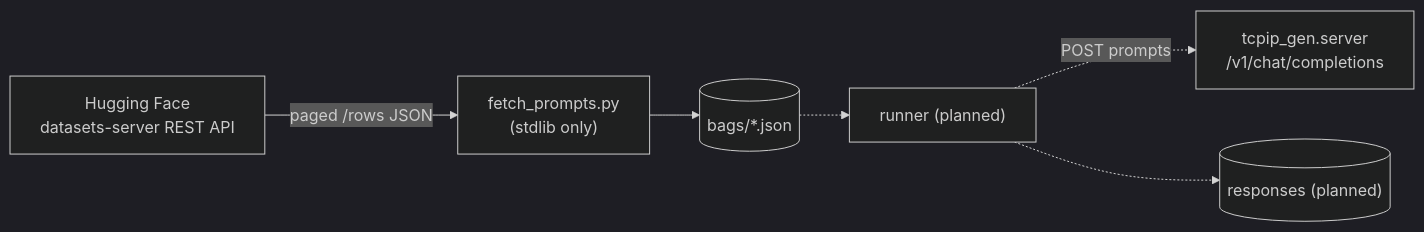
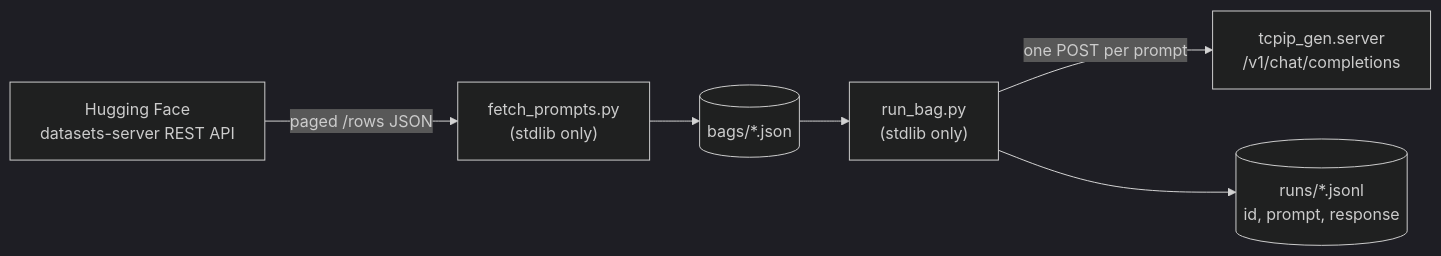
One commit to smartyalgo/logit-sampler changed the first of 2 diagrams in prompt_eval/README.md. Above: the diagram before and after it, drawn with Mermaid (dark theme). The commit also changed other lines of this file and 4 other files, not shown here.

First line of the commit message:
Add run_bag.py: feed a prompt bag to chat/completions, store JSONL

````diff
--- a/prompt_eval/README.md
+++ b/prompt_eval/README.md
@@ -63,13 +95,13 @@
 ```mermaid
 flowchart LR
     hf["Hugging Face<br/>datasets-server REST API"]
     fetch["fetch_prompts.py<br/>(stdlib only)"]
     bags[("bags/*.json")]
-    runner["runner (planned)"]
+    runner["run_bag.py<br/>(stdlib only)"]
     srv["tcpip_gen.server<br/>/v1/chat/completions"]
-    responses[("responses (planned)")]
+    responses[("runs/*.jsonl<br/>id, prompt, response")]
 
     hf -->|"paged /rows JSON"| fetch --> bags
-    bags -.-> runner -.->|"POST prompts"| srv
-    runner -.-> responses
+    bags --> runner -->|"one POST per prompt"| srv
+    runner --> responses
 ```
````
